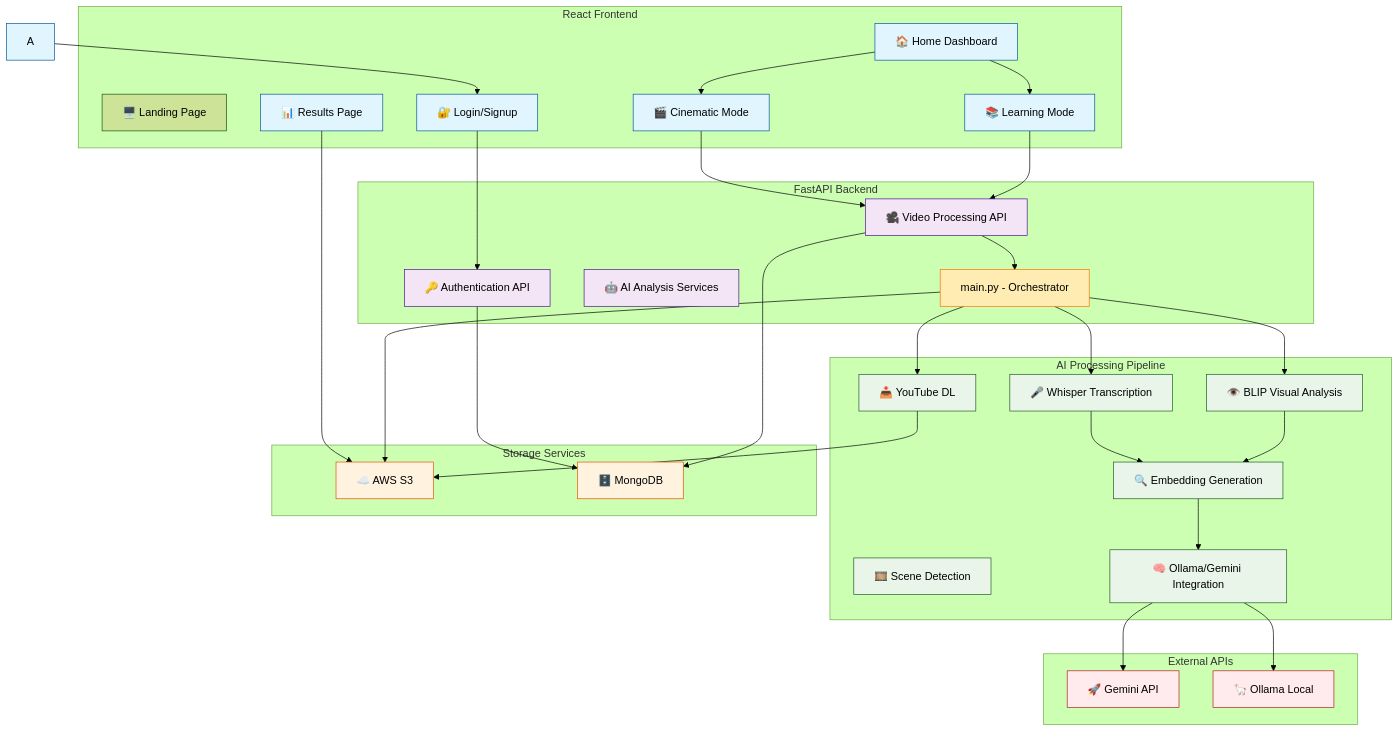
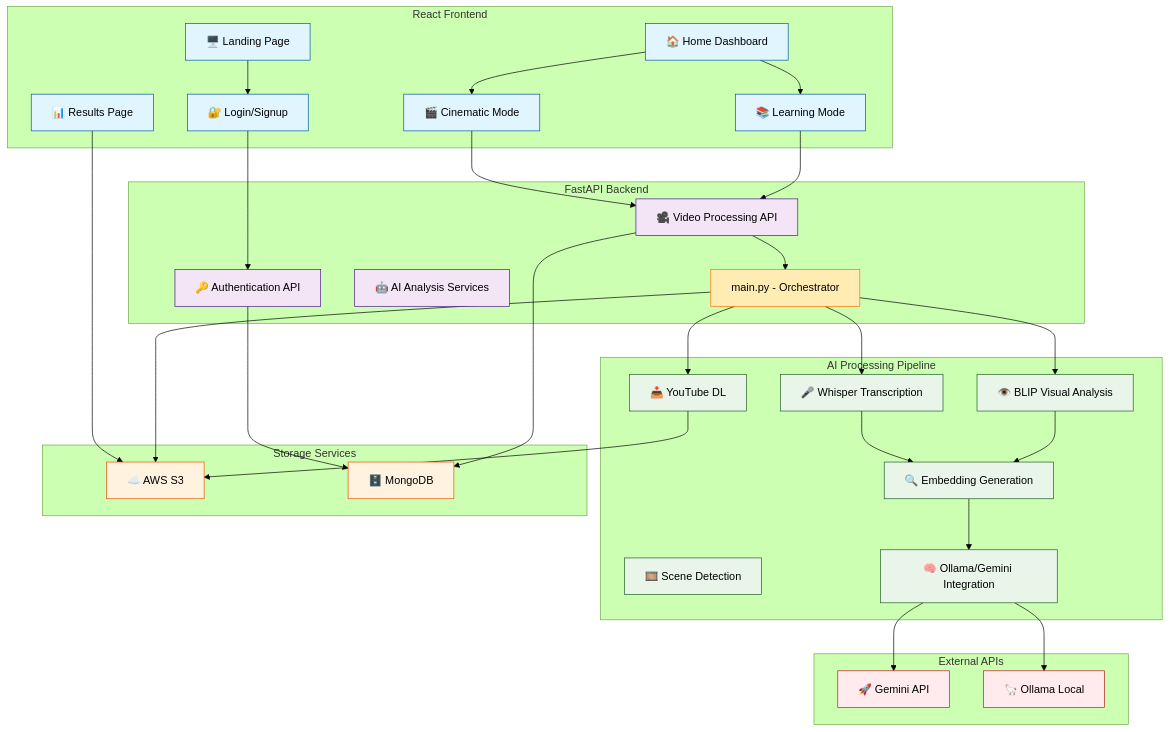
One commit to PraneshPK2005/teaser_generation changed the first of 2 diagrams in README.md. Above: the diagram before and after it, drawn with Mermaid (forest theme).

````diff
--- a/README.md
+++ b/README.md
@@ -8,79 +8,79 @@
 ```mermaid
 graph TB
     %% Frontend Layer
     subgraph Frontend [React Frontend]
-        **A[🖥️ Landing Page]
+        A[🖥️ Landing Page]
         B[🔐 Login/Signup]
         C[🏠 Home Dashboard]
         D[🎬 Cinematic Mode]
         E[📚 Learning Mode]
         F[📊 Results Page]
     end
 
     %% Backend Layer
     subgraph Backend [FastAPI Backend]
         G[🔑 Authentication API]
         H[🎥 Video Processing API]
         I[🤖 AI Analysis Services]
         Main[main.py - Orchestrator]
     end
 
     %% AI Processing Layer
     subgraph AIProcessing [AI Processing Pipeline]
         J[📥 YouTube DL]
         K[🎤 Whisper Transcription]
         L[👁️ BLIP Visual Analysis]
         M[🎞️ Scene Detection]
         N[🔍 Embedding Generation]
         O[🧠 Ollama/Gemini Integration]
     end
 
     %% Storage Layer
     subgraph Storage [Storage Services]
         P[☁️ AWS S3]
         Q[🗄️ MongoDB]
     end
 
     %% External Services
     subgraph External [External APIs]
         R[🚀 Gemini API]
         S[🦙 Ollama Local]
     end
 
     %% Connections
     A --> B
     B --> G
     C --> D
     C --> E
     D --> H
     E --> H
     H --> Main
     Main --> J
     Main --> K
     Main --> L
     J --> P
     K --> N
     L --> N
     N --> O
     O --> R
     O --> S
     G --> Q
     H --> Q
     F --> P
     Main --> P
 
     %% Styling
     classDef frontend fill:#e1f5fe,stroke:#01579b;
     classDef backend fill:#f3e5f5,stroke:#4a148c;
     classDef ai fill:#e8f5e8,stroke:#1b5e20;
     classDef storage fill:#fff3e0,stroke:#e65100;
     classDef external fill:#ffebee,stroke:#b71c1c;
     classDef orchestrator fill:#ffecb3,stroke:#ff6f00;
     
     class A,B,C,D,E,F frontend;
     class G,H,I backend;
     class J,K,L,M,N,O ai;
     class P,Q storage;
     class R,S external;
     class Main orchestrator;
 ```
````
